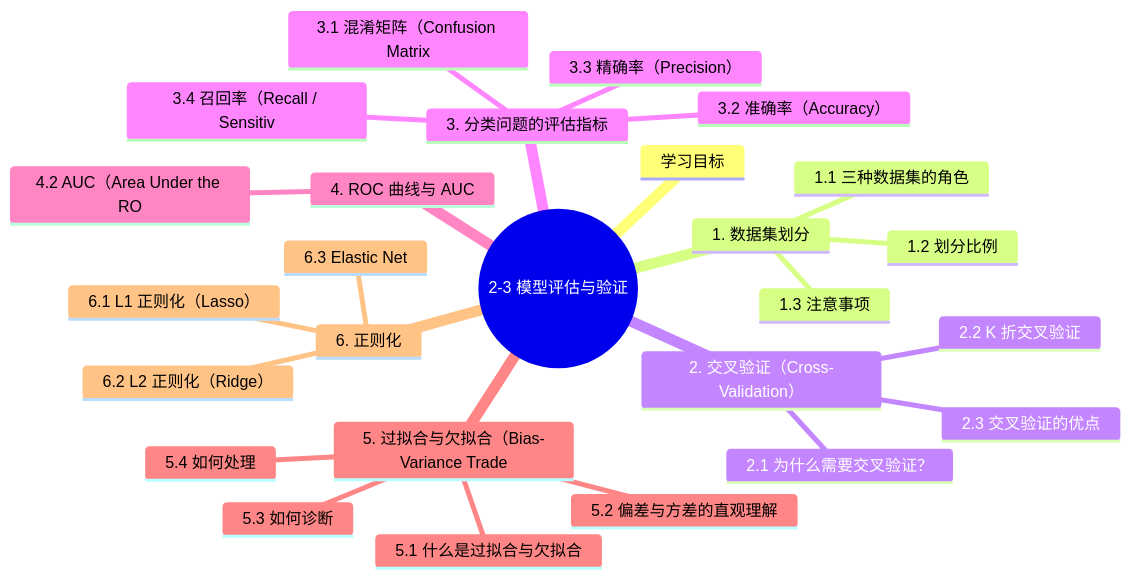
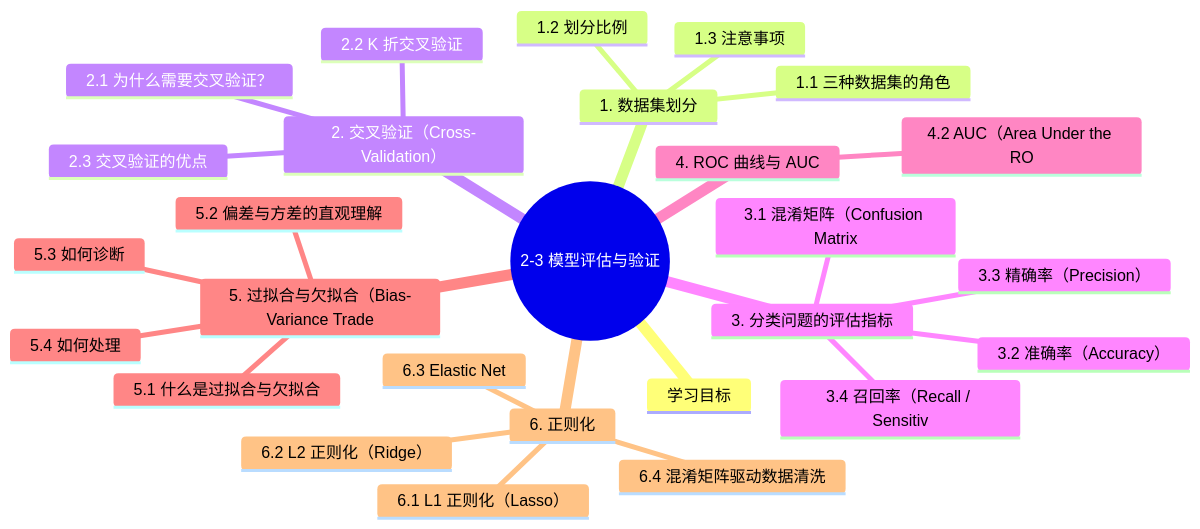
Before and after one commit to dwSun/AI-Tutorial: the third of 3 diagrams in chapters/PART2-机器学习基础/2-3-模型评估与验证.md, drawn with Mermaid. The commit also changed other lines of this file and 20 other files, not shown here.

````diff
--- a/chapters/PART2-机器学习基础/2-3-模型评估与验证.md
+++ b/chapters/PART2-机器学习基础/2-3-模型评估与验证.md
@@ -878,29 +939,30 @@
 ```mermaid
 mindmap
   root((2-3 模型评估与验证))
     学习目标
     1. 数据集划分
       1.1 三种数据集的角色
       1.2 划分比例
       1.3 注意事项
     2. 交叉验证（Cross-Validation）
       2.1 为什么需要交叉验证？
       2.2 K 折交叉验证
       2.3 交叉验证的优点
     3. 分类问题的评估指标
       3.1 混淆矩阵（Confusion Matrix
       3.2 准确率（Accuracy）
       3.3 精确率（Precision）
       3.4 召回率（Recall / Sensitiv
     4. ROC 曲线与 AUC
       4.2 AUC（Area Under the RO
     5. 过拟合与欠拟合（Bias-Variance Trade
       5.1 什么是过拟合与欠拟合
       5.2 偏差与方差的直观理解
       5.3 如何诊断
       5.4 如何处理
     6. 正则化
       6.1 L1 正则化（Lasso）
       6.2 L2 正则化（Ridge）
       6.3 Elastic Net
+      6.4 混淆矩阵驱动数据清洗
 ```
````
